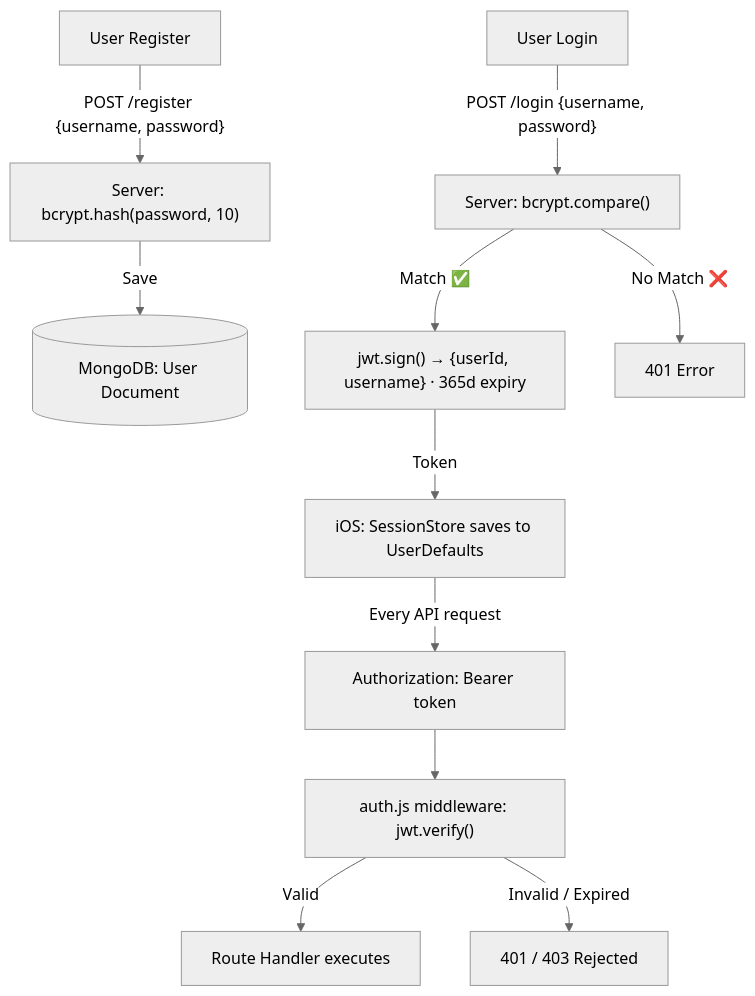
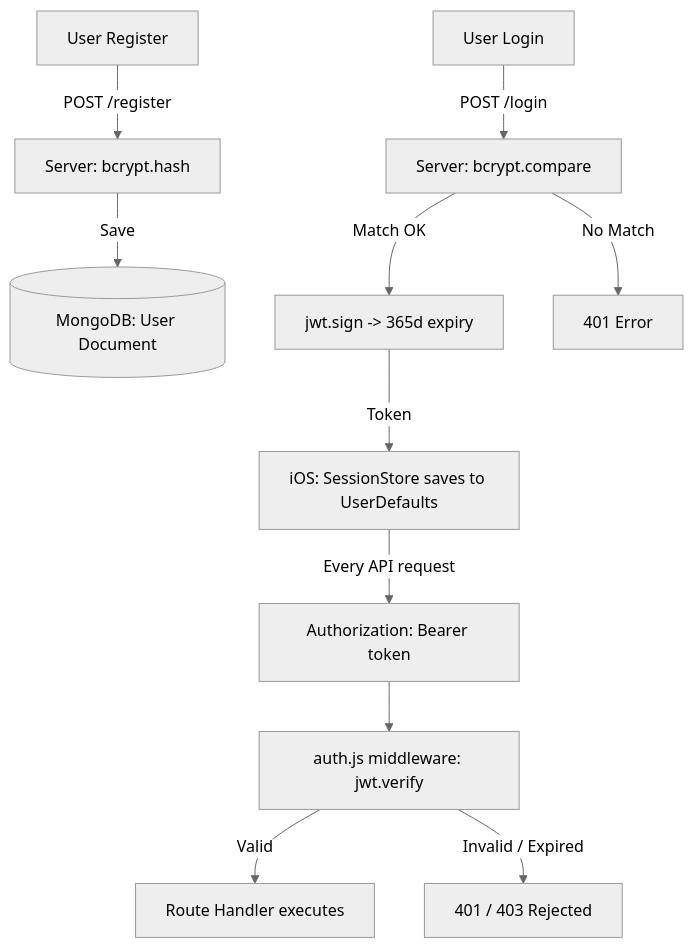
The second of 6 diagrams in README.md (denizyakar/SoniApp), drawn with Mermaid (neutral theme) before and after one commit. The commit also changed other lines of this file, not shown here.

````diff
--- a/README.md
+++ b/README.md
@@ -132,15 +136,15 @@
 ```mermaid
 flowchart TD
-    A["User Register"] -->|"POST /register {username, password}"| B["Server: bcrypt.hash(password, 10)"]
+    A["User Register"] -->|"POST /register"| B["Server: bcrypt.hash"]
     B -->|"Save"| C[("MongoDB: User Document")]
 
-    D["User Login"] -->|"POST /login {username, password}"| E["Server: bcrypt.compare()"]
-    E -->|"Match ✅"| F["jwt.sign() → {userId, username} · 365d expiry"]
-    E -->|"No Match ❌"| H["401 Error"]
+    D["User Login"] -->|"POST /login"| E["Server: bcrypt.compare"]
+    E -->|"Match OK"| F["jwt.sign -> 365d expiry"]
+    E -->|"No Match"| H["401 Error"]
     F -->|"Token"| G["iOS: SessionStore saves to UserDefaults"]
 
     G -->|"Every API request"| I["Authorization: Bearer token"]
-    I --> J["auth.js middleware: jwt.verify()"]
+    I --> J["auth.js middleware: jwt.verify"]
     J -->|"Valid"| K["Route Handler executes"]
     J -->|"Invalid / Expired"| L["401 / 403 Rejected"]
 ```
````
